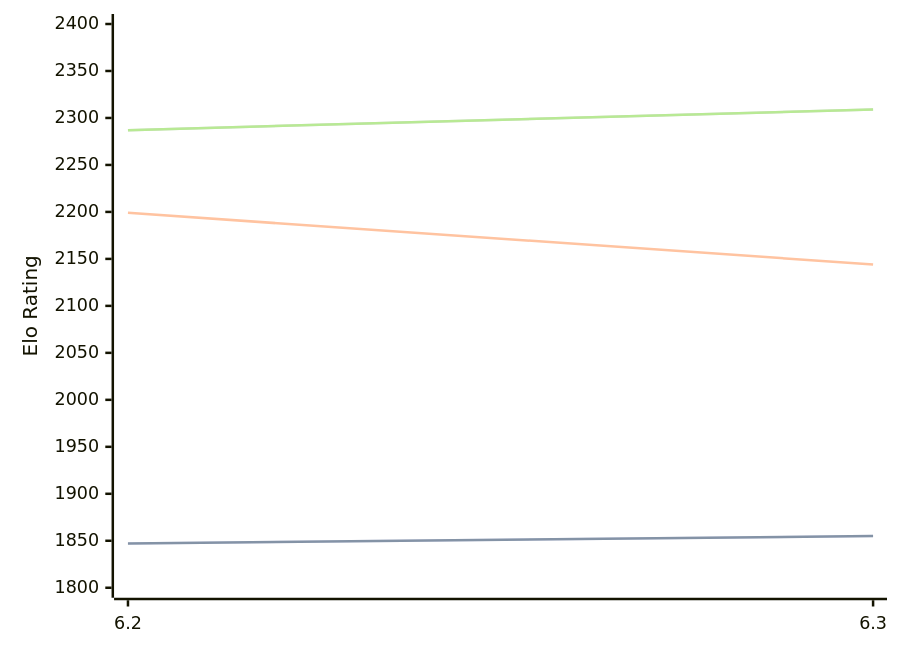
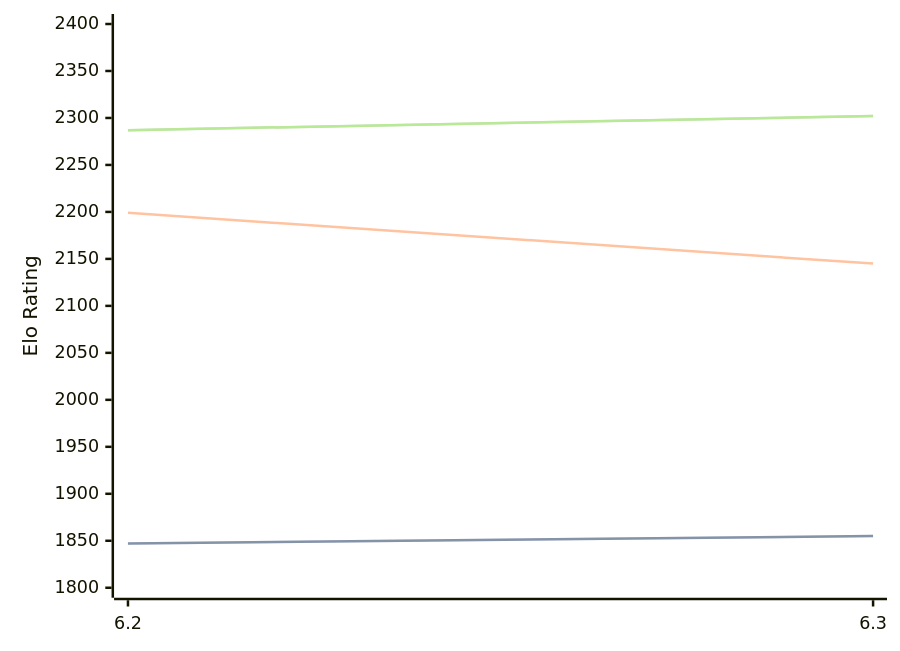
One commit to computer-chess-index/cci changed the first of 3 diagrams in engines/chess4j.md. Above: the diagram before and after it, drawn with Mermaid. The commit also changed other lines of this file, not shown here.

Commit message:
Update CCI Ratings (ELO VLTC) - 2026-06-20

````diff
--- a/engines/chess4j.md
+++ b/engines/chess4j.md
@@ -38,11 +38,11 @@
 ```mermaid
 %%{init: {"theme":"base","themeVariables":{"seriesColors:['#a3a3a3','#222221','#faa371']}}}%%
 xychart-beta
   x-axis ["6.2", "6.3"]
   y-axis "Elo Rating" 1800 --> 2400
   line "STC (8.0+0.08s)" [1847, 1855]
   line "STC (8.0+0.08s)" [1847, 1855]
-  line "LTC (60.0+0.60s)" [2199, 2144]
-  line "VLTC (2m24s+1.12s)" [2287, 2309]
-  line "VLTC (2m24s+1.12s)" [2287, 2309]
+  line "LTC (60.0+0.60s)" [2199, 2145]
+  line "VLTC (2m24s+1.12s)" [2287, 2302]
+  line "VLTC (2m24s+1.12s)" [2287, 2302]
 ```
````
